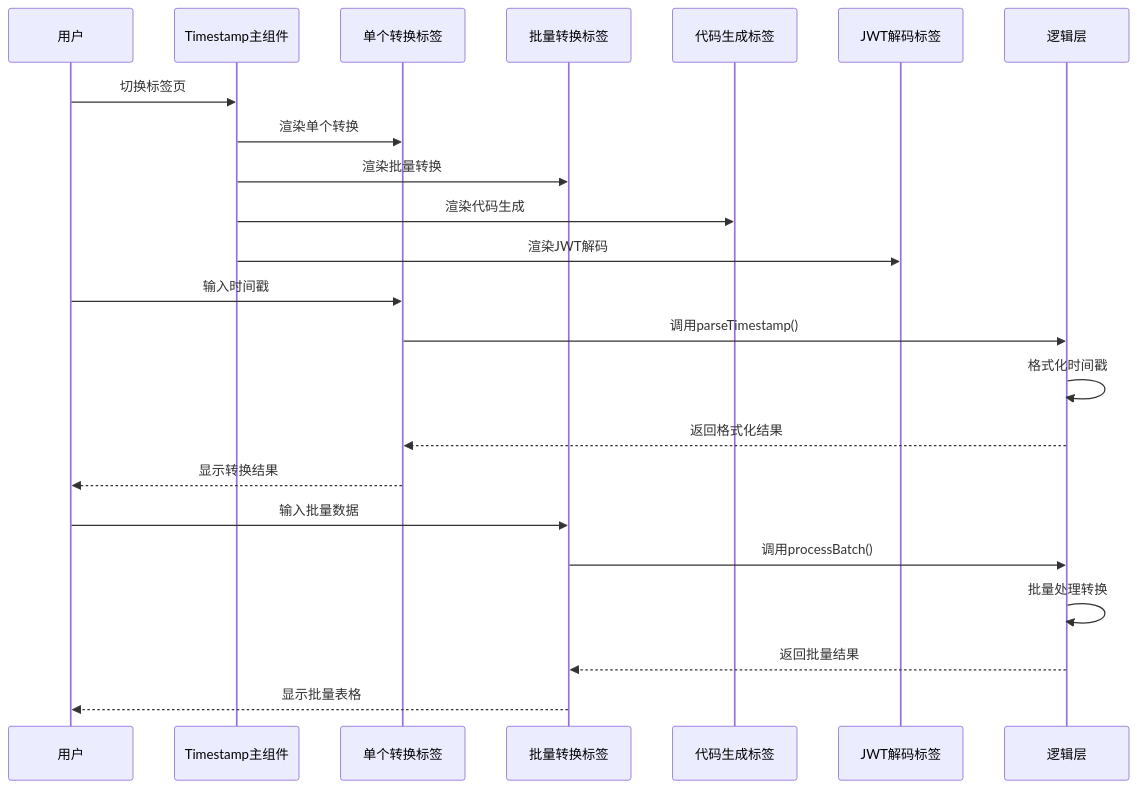
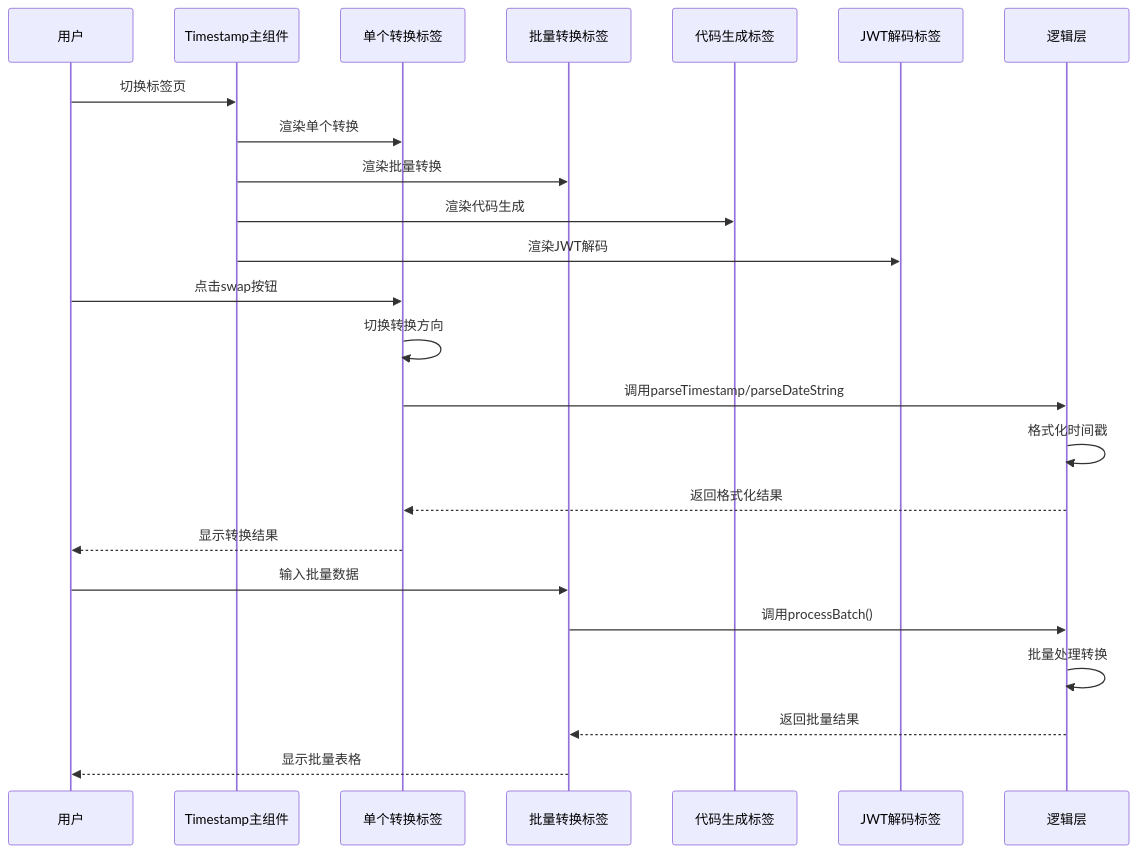
Before and after one commit to sgyy/privadeck: the second of 16 diagrams in .qoder/repowiki/zh/content/开发者工具/时间戳工具.md, drawn with Mermaid. The commit also changed other lines of this file and 3 other files, not shown here.

````diff
--- a/.qoder/repowiki/zh/content/开发者工具/时间戳工具.md
+++ b/.qoder/repowiki/zh/content/开发者工具/时间戳工具.md
@@ -156,25 +158,26 @@
 ```mermaid
 sequenceDiagram
 participant U as 用户
 participant T as Timestamp主组件
 participant S as 单个转换标签
 participant B as 批量转换标签
 participant C as 代码生成标签
 participant J as JWT解码标签
 participant L as 逻辑层
 U->>T : 切换标签页
 T->>S : 渲染单个转换
 T->>B : 渲染批量转换
 T->>C : 渲染代码生成
 T->>J : 渲染JWT解码
-U->>S : 输入时间戳
-S->>L : 调用parseTimestamp()
+U->>S : 点击swap按钮
+S->>S : 切换转换方向
+S->>L : 调用parseTimestamp/parseDateString
 L->>L : 格式化时间戳
 L-->>S : 返回格式化结果
 S-->>U : 显示转换结果
 U->>B : 输入批量数据
 B->>L : 调用processBatch()
 L->>L : 批量处理转换
 L-->>B : 返回批量结果
 B-->>U : 显示批量表格
 ```
````
